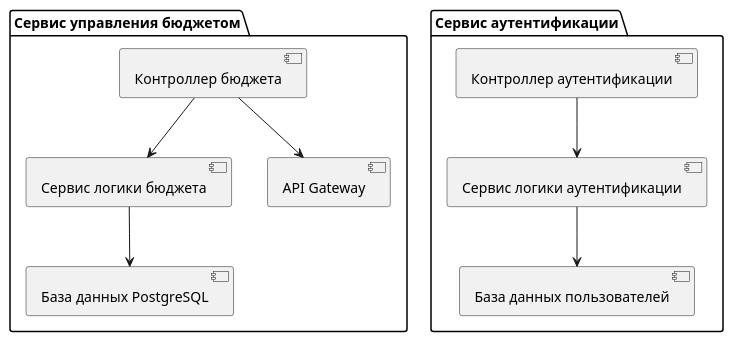
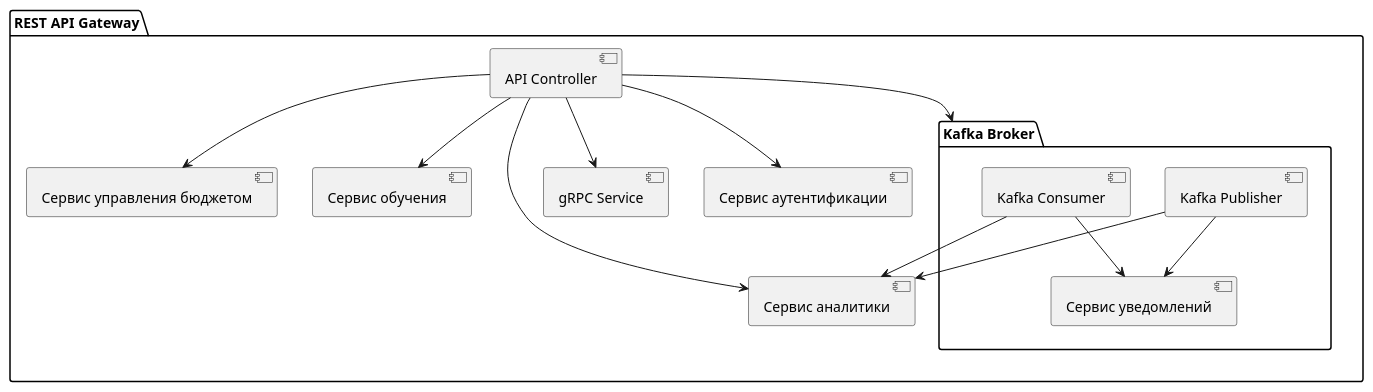
The third of 4 diagrams in my-website/docs/Architecture/architec.md (Embim/Mobilefinass), drawn with PlantUML before and after one commit. The commit also changed other lines of this file and 8 other files, not shown here.

````diff
--- a/my-website/docs/Architecture/architec.md
+++ b/my-website/docs/Architecture/architec.md
@@ -51,13 +64,19 @@
 ```plantuml
 @startuml
-package "Сервис управления бюджетом" {
-  [Контроллер бюджета] --> [Сервис логики бюджета]
-  [Сервис логики бюджета] --> [База данных PostgreSQL]
-  [Контроллер бюджета] --> [API Gateway]
+package "REST API Gateway" {
+  [API Controller] --> [Сервис аутентификации]
+  [API Controller] --> [Сервис управления бюджетом]
+  [API Controller] --> [Сервис обучения]
+  [API Controller] --> [Сервис аналитики]
+  [API Controller] --> [Kafka Broker]
+  [API Controller] --> [gRPC Service]
 }
-package "Сервис аутентификации" {
-  [Контроллер аутентификации] --> [Сервис логики аутентификации]
-  [Сервис логики аутентификации] --> [База данных пользователей]
+
+package "Kafka Broker" {
+  [Kafka Publisher] --> [Сервис аналитики]
+  [Kafka Publisher] --> [Сервис уведомлений]
+  [Kafka Consumer] --> [Сервис аналитики]
+  [Kafka Consumer] --> [Сервис уведомлений]
 }
 @enduml
 ```
````
